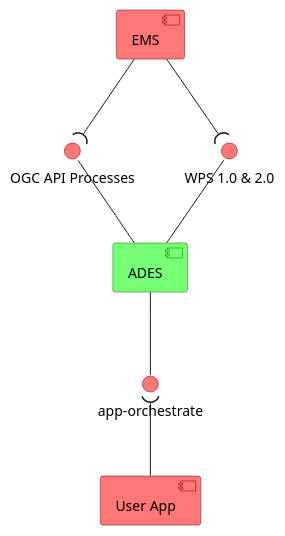
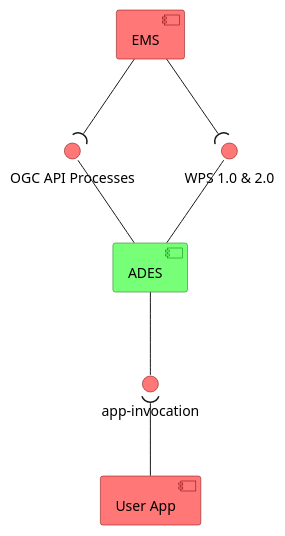
The diagram in docs/04.processing-chaining/include/ades-provided-interfaces.wsd (EOEPCA/master-system-icd), drawn with PlantUML before and after one commit. The commit also changed 11 other files, not shown here.

```diff
--- a/docs/04.processing-chaining/include/ades-provided-interfaces.wsd
+++ b/docs/04.processing-chaining/include/ades-provided-interfaces.wsd
@@ -1,35 +1,35 @@
 @startuml component
 
 hide stereotype
 
 component "ADES" as ades <<ades>>
 () "WPS 1.0 & 2.0" as wpsapi <<provided>>
 ades -up- wpsapi
 () "OGC API Processes" as ogcapi <<provided>>
 ades -up- ogcapi
-() "app-orchestrate" as apporch <<provided>>
-ades -down- apporch
+() "app-invocation" as invoke <<provided>>
+ades -down- invoke
 
 component "EMS" as ems <<consumer>>
 ems -down-( wpsapi
 ems -down-( ogcapi
 
 component "User App" as userapp <<consumer>>
-  userapp -up-( apporch
+  userapp -up-( invoke
 
 skinparam component<<ades>> {
     BackgroundColor #77ff77
     BorderColor #007700
 }
 
 skinparam interface<<provided>> {
     BackgroundColor #ff7777
     BorderColor #770000
 }
 
 skinparam component<<consumer>> {
     BackgroundColor #ff7777
     BorderColor #770000
 }
 
 @enduml
```
